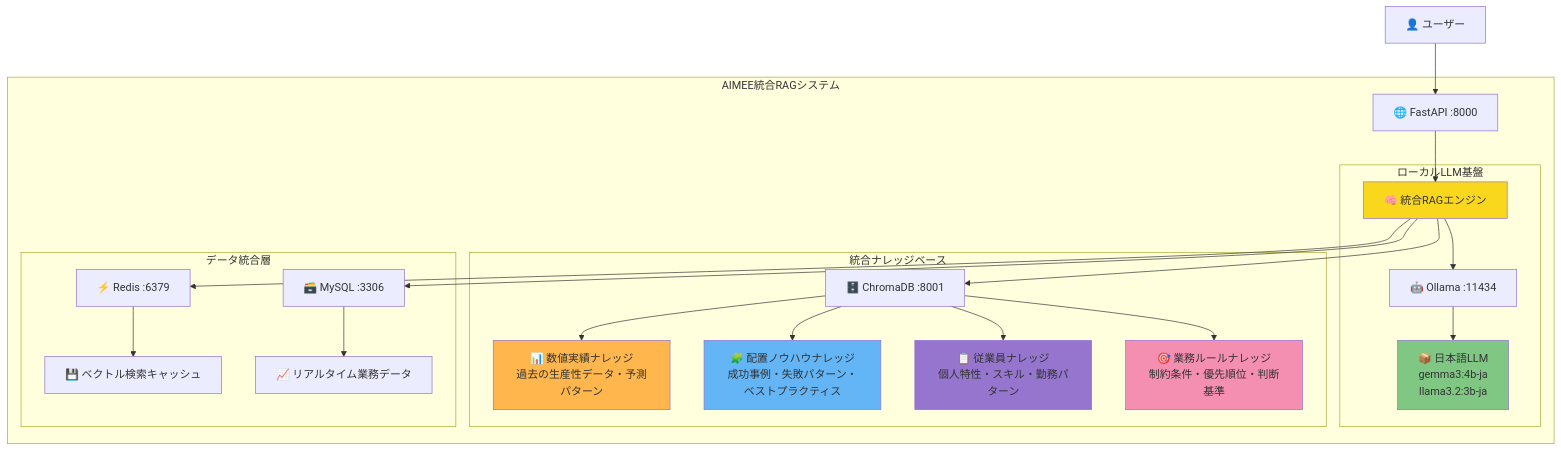
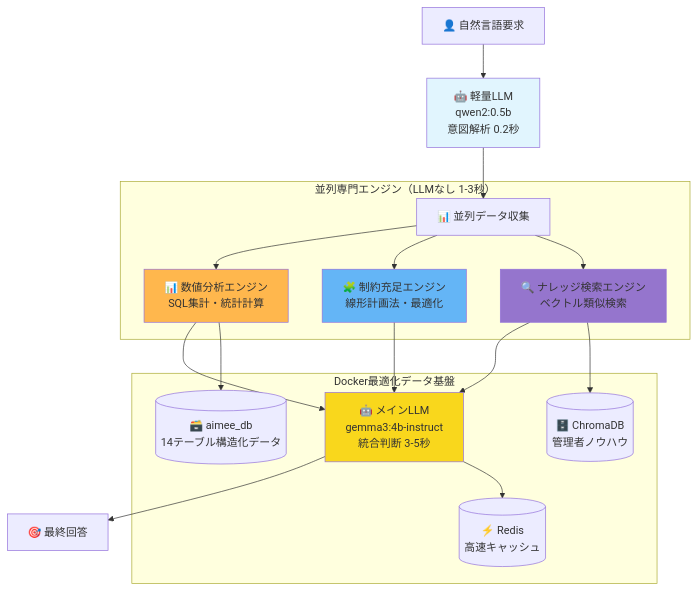
One commit to EraX-1/aimee-be changed the first of 3 diagrams in README.md. Above: the diagram before and after it, drawn with Mermaid. The commit also changed other lines of this file and 2 other files, not shown here.

````diff
--- a/README.md
+++ b/README.md
@@ -68,35 +11,30 @@
 ```mermaid
 graph TB
-    User[👤 ユーザー] --> API[🌐 FastAPI :8000]
+    Query[👤 自然言語要求] --> LightLLM[🤖 軽量LLM<br/>qwen2:0.5b<br/>意図解析 0.2秒]
     
-    subgraph "AIMEE統合RAGシステム"
-        API --> RAGEngine[🧠 統合RAGエンジン]
-        
-        subgraph "ローカルLLM基盤"
-            RAGEngine --> Ollama[🤖 Ollama :11434]
-            Ollama --> Models[📦 日本語LLM<br/>gemma3:4b-ja<br/>llama3.2:3b-ja]
-        end
-        
-        subgraph "統合ナレッジベース"
-            RAGEngine --> ChromaDB[🗄️ ChromaDB :8001]
-            ChromaDB --> KB1[📊 数値実績ナレッジ<br/>過去の生産性データ・予測パターン]
-            ChromaDB --> KB2[🧩 配置ノウハウナレッジ<br/>成功事例・失敗パターン・ベストプラクティス]
-            ChromaDB --> KB3[📋 従業員ナレッジ<br/>個人特性・スキル・勤務パターン]
-            ChromaDB --> KB4[🎯 業務ルールナレッジ<br/>制約条件・優先順位・判断基準]
-        end
-        
-        subgraph "データ統合層"
-            RAGEngine --> Redis[⚡ Redis :6379]
-            RAGEngine --> MySQL[🗃️ MySQL :3306]
-            Redis --> Cache[💾 ベクトル検索キャッシュ]
-            MySQL --> RealData[📈 リアルタイム業務データ]
-        end
+    LightLLM --> Parallel[📊 並列データ収集]
+    
+    subgraph "並列専門エンジン（LLMなし 1-3秒）"
+        Parallel --> MySQL[📊 数値分析エンジン<br/>SQL集計・統計計算]
+        Parallel --> Rules[🧩 制約充足エンジン<br/>線形計画法・最適化]
+        Parallel --> Vector[🔍 ナレッジ検索エンジン<br/>ベクトル類似検索]
     end
     
-    style RAGEngine fill:#f9d71c
-    style Models fill:#81c784
-    style KB1 fill:#ffb74d
-    style KB2 fill:#64b5f6
-    style KB3 fill:#9575cd
-    style KB4 fill:#f48fb1
+    MySQL --> MainLLM[🤖 メインLLM<br/>gemma3:4b-instruct<br/>統合判断 3-5秒]
+    Rules --> MainLLM
+    Vector --> MainLLM
+    
+    MainLLM --> Response[🎯 最終回答]
+    
+    subgraph "Docker最適化データ基盤"
+        MySQL --> AimeeDB[(🗃️ aimee_db<br/>14テーブル構造化データ)]
+        Vector --> ChromaDB[(🗄️ ChromaDB<br/>管理者ノウハウ)]
+        MainLLM --> Redis[(⚡ Redis<br/>高速キャッシュ)]
+    end
+    
+    style LightLLM fill:#e1f5fe
+    style MainLLM fill:#f9d71c
+    style MySQL fill:#ffb74d
+    style Rules fill:#64b5f6
+    style Vector fill:#9575cd
 ```
````
